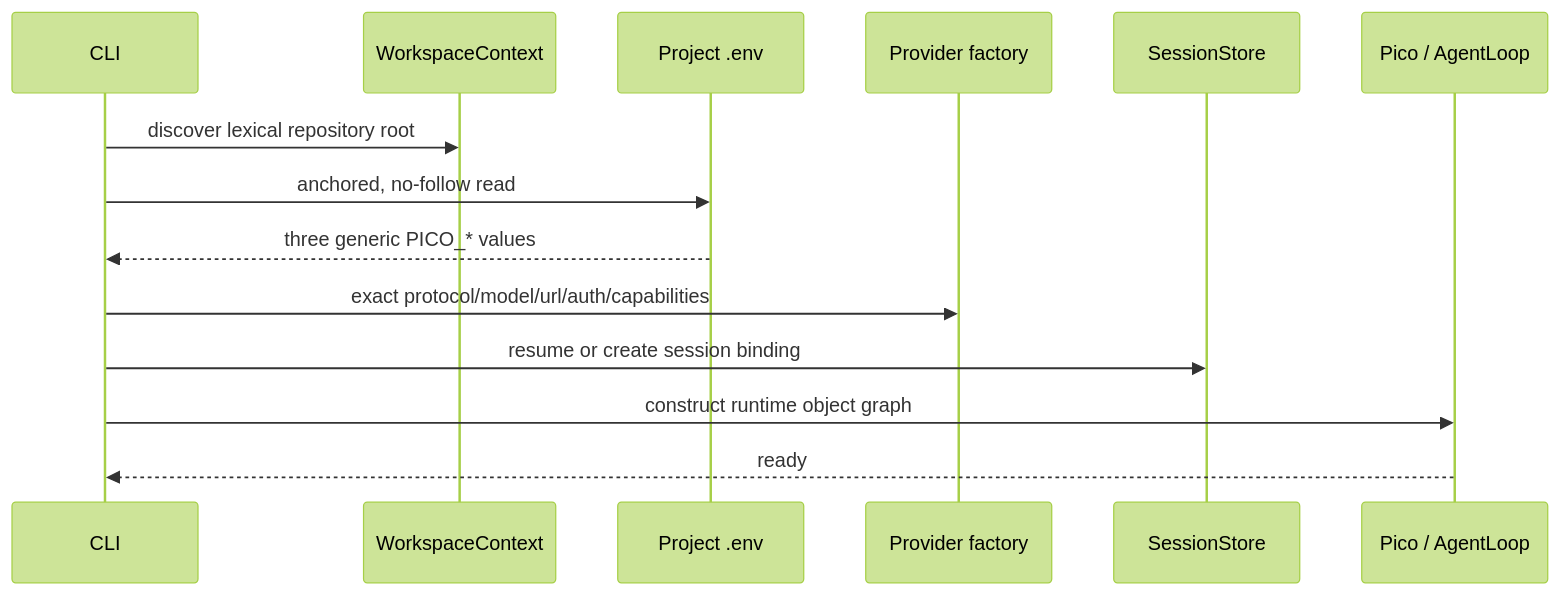
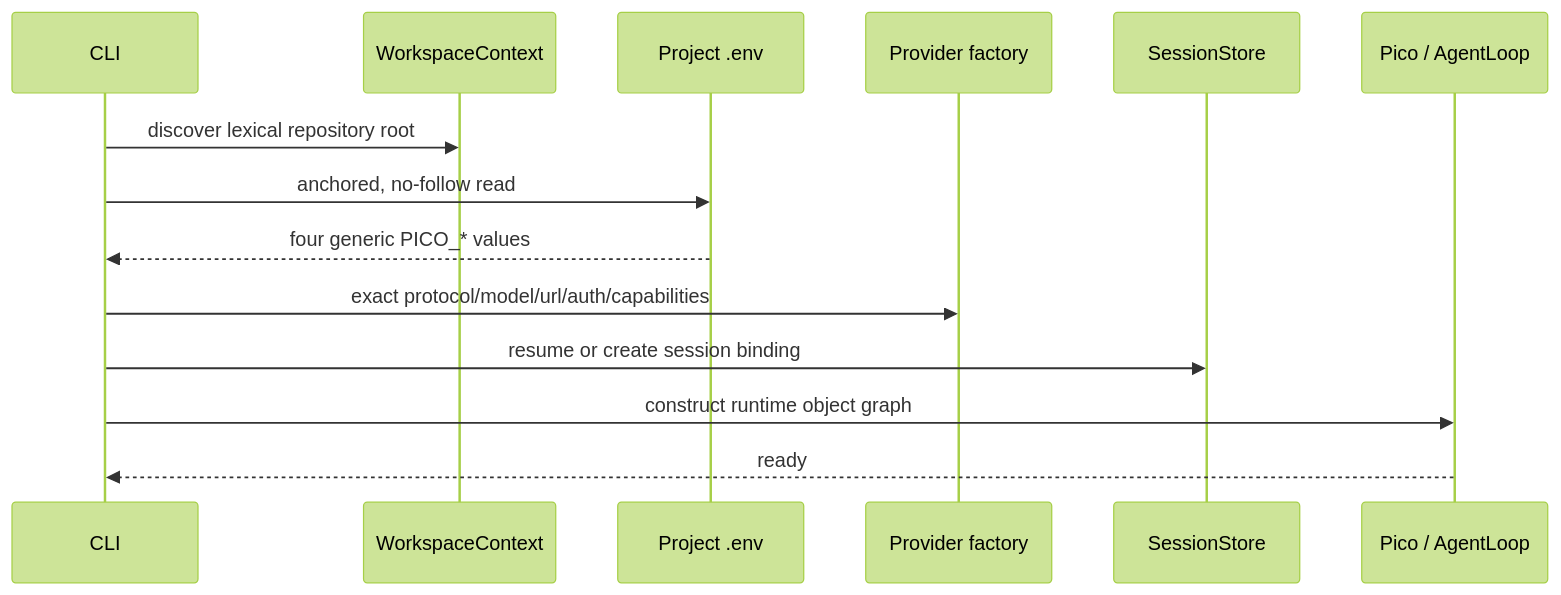
The second of 5 diagrams in docs/architecture.md (xiawiie/pony-code), drawn with Mermaid (forest theme) before and after one commit. The commit also changed other lines of this file and 19 other files, not shown here.

````diff
--- a/docs/architecture.md
+++ b/docs/architecture.md
@@ -74,17 +74,17 @@
 ```mermaid
 sequenceDiagram
     participant C as CLI
     participant W as WorkspaceContext
     participant E as Project .env
     participant P as Provider factory
     participant S as SessionStore
     participant A as Pico / AgentLoop
 
     C->>W: discover lexical repository root
     C->>E: anchored, no-follow read
-    E-->>C: three generic PICO_* values
+    E-->>C: four generic PICO_* values
     C->>P: exact protocol/model/url/auth/capabilities
     C->>S: resume or create session binding
     C->>A: construct runtime object graph
     A-->>C: ready
 ```
````
